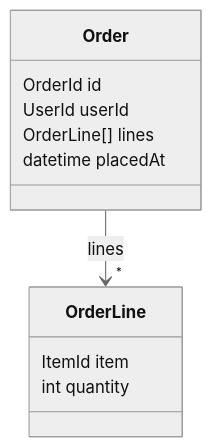
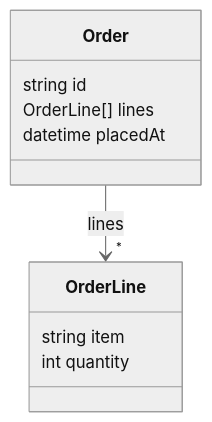
One commit to mew-ton/hozo changed the fifth of 9 diagrams in README.ja.md. Above: the diagram before and after it, drawn with Mermaid (neutral theme). The commit also changed other lines of this file and 3 other files, not shown here.

First line of the commit message:
README: 折りたたみのコードを、図から分かる範囲だけにする（決定 493）

````diff
--- a/README.ja.md
+++ b/README.ja.md
@@ -146,14 +152,13 @@
 ```mermaid
 classDiagram
   class Order {
-    OrderId id
-    UserId userId
+    string id
     OrderLine[] lines
     datetime placedAt
   }
   class OrderLine {
-    ItemId item
+    string item
     int quantity
   }
   Order --> "*" OrderLine : lines
 ```
````
